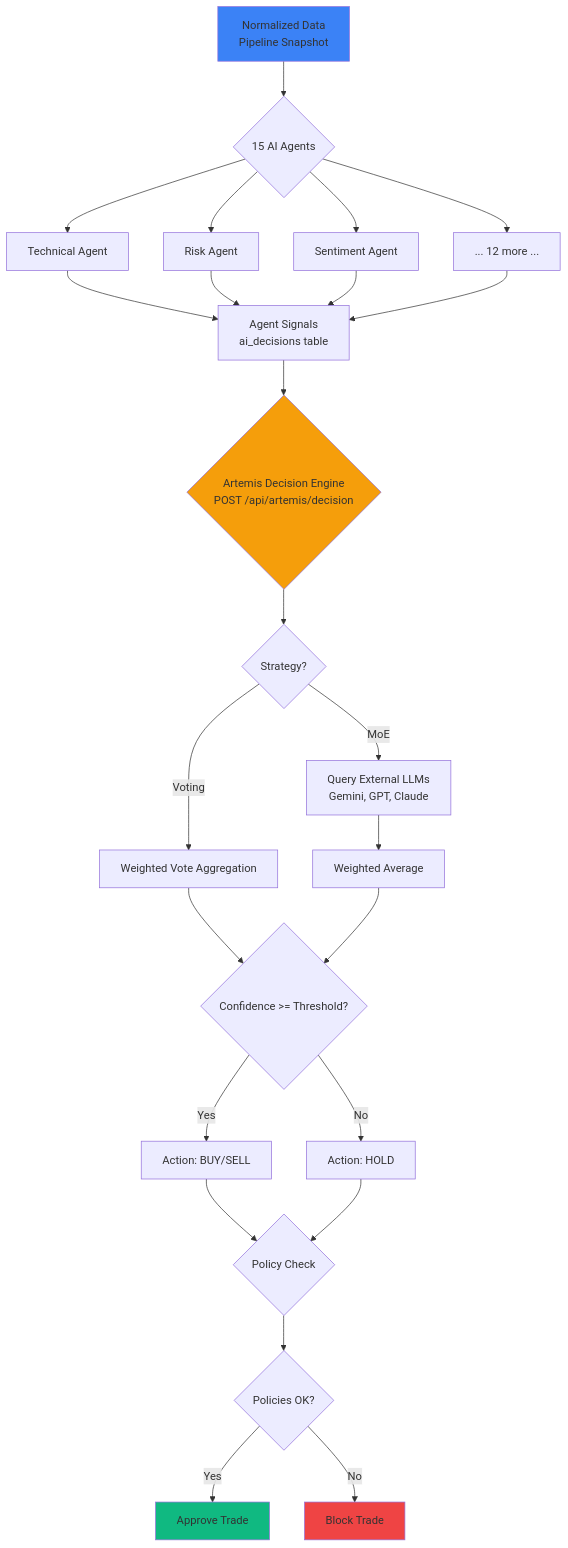
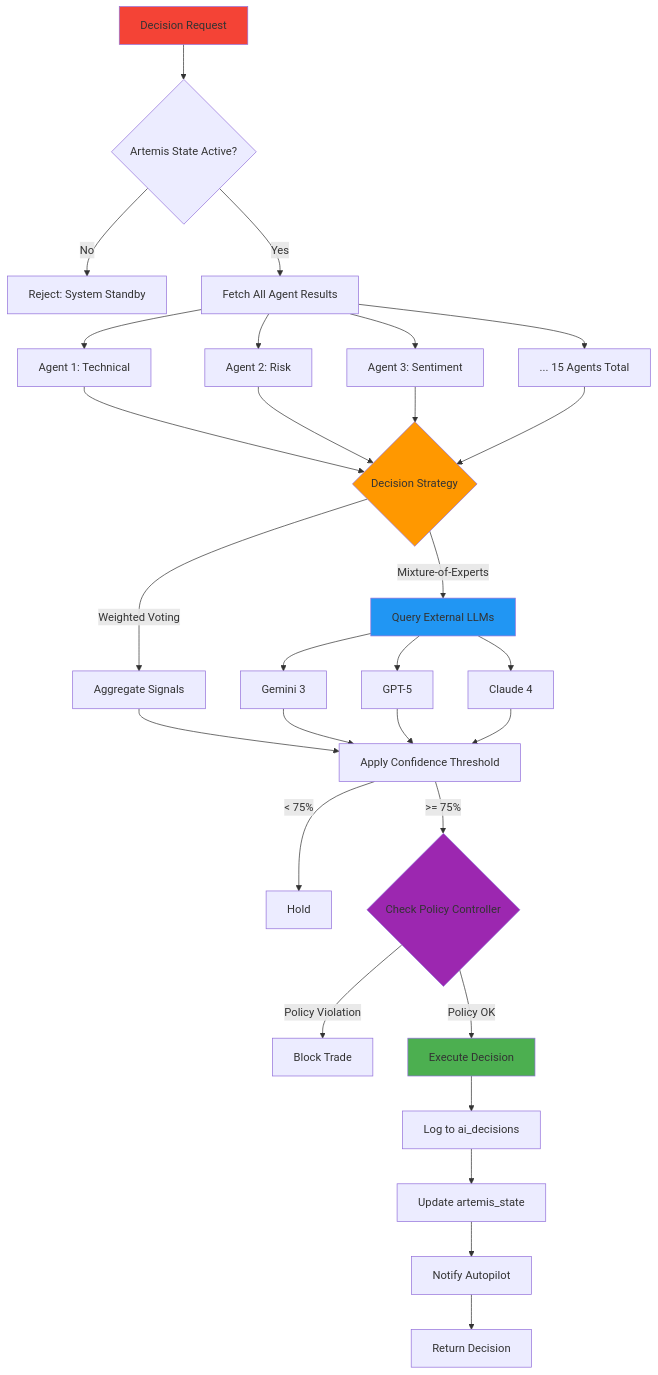
Before and after one commit to sepehrraeisi/TitanGold: the third of 5 diagrams in docs/Titan_AI_SSoT.md, drawn with Mermaid. The commit also changed other lines of this file, not shown here.

````diff
--- a/docs/Titan_AI_SSoT.md
+++ b/docs/Titan_AI_SSoT.md
@@ -740,35 +500,45 @@
 ```mermaid
-flowchart TD
-    A[Normalized Data<br/>Pipeline Snapshot] --> B{15 AI Agents}
-    B --> C1[Technical Agent]
-    B --> C2[Risk Agent]
-    B --> C3[Sentiment Agent]
-    B --> C4[... 12 more ...]
+graph TD
+    A[Decision Request] --> B{Artemis State Active?}
+    B -->|No| Z[Reject: System Standby]
+    B -->|Yes| C[Fetch All Agent Results]
     
-    C1 --> D[Agent Signals<br/>ai_decisions table]
-    C2 --> D
-    C3 --> D
-    C4 --> D
+    C --> D[Agent 1: Technical]
+    C --> E[Agent 2: Risk]
+    C --> F[Agent 3: Sentiment]
+    C --> G[... 15 Agents Total]
     
-    D --> E{Artemis Decision Engine<br/>POST /api/artemis/decision}
-    E --> F{Strategy?}
-    F -->|Voting| G[Weighted Vote Aggregation]
-    F -->|MoE| H[Query External LLMs<br/>Gemini, GPT, Claude]
-    H --> I[Weighted Average]
+    D --> H{Decision Strategy}
+    E --> H
+    F --> H
+    G --> H
     
-    G --> J{Confidence >= Threshold?}
-    I --> J
-    J -->|Yes| K[Action: BUY/SELL]
-    J -->|No| L[Action: HOLD]
+    H -->|Weighted Voting| I[Aggregate Signals]
+    H -->|Mixture-of-Experts| J[Query External LLMs]
     
-    K --> M{Policy Check}
-    L --> M
-    M --> N{Policies OK?}
-    N -->|Yes| O[Approve Trade]
-    N -->|No| P[Block Trade]
+    J --> K[Gemini 3]
+    J --> L[GPT-5]
+    J --> M[Claude 4]
     
-    style A fill:#3b82f6
-    style E fill:#f59e0b
-    style O fill:#10b981
-    style P fill:#ef4444
+    I --> N[Apply Confidence Threshold]
+    K --> N
+    L --> N
+    M --> N
+    
+    N -->|< 75%| O[Hold]
+    N -->|>= 75%| P{Check Policy Controller}
+    
+    P -->|Policy Violation| Q[Block Trade]
+    P -->|Policy OK| R[Execute Decision]
+    
+    R --> S[Log to ai_decisions]
+    S --> T[Update artemis_state]
+    T --> U[Notify Autopilot]
+    U --> V[Return Decision]
+    
+    style A fill:#F44336
+    style H fill:#FF9800
+    style J fill:#2196F3
+    style P fill:#9C27B0
+    style R fill:#4CAF50
 ```
````
